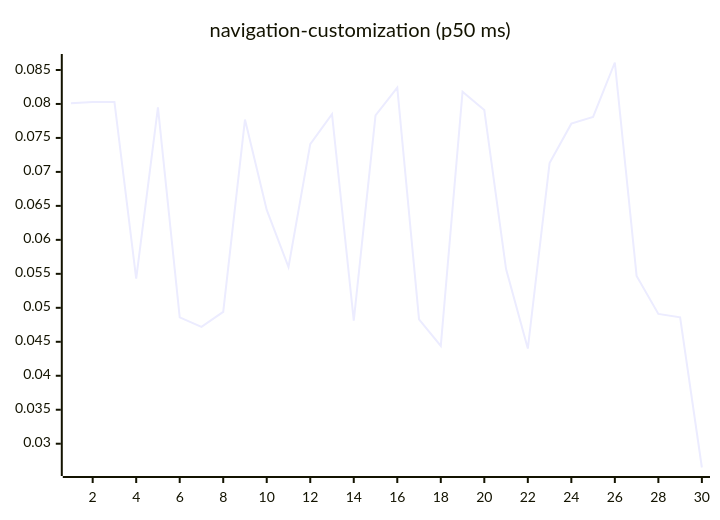
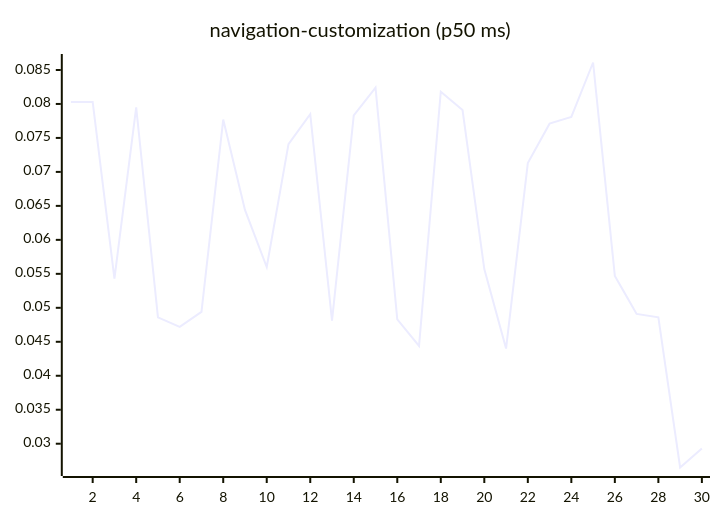
Before and after one commit to josha/Facet: diagram 15 of 27 in README.md, drawn with Mermaid. The commit also changed other lines of this file and 2 other files, not shown here.

````diff
--- a/README.md
+++ b/README.md
@@ -161,6 +161,6 @@
 ```mermaid
 xychart-beta
     title "navigation-customization (p50 ms)"
     x-axis 1 --> 30
-    line [0.0801, 0.0803, 0.0803, 0.0543, 0.0795, 0.0486, 0.0472, 0.0494, 0.0777, 0.0644, 0.0560, 0.0741, 0.0785, 0.0481, 0.0783, 0.0824, 0.0483, 0.0444, 0.0818, 0.0791, 0.0557, 0.0440, 0.0713, 0.0771, 0.0781, 0.0861, 0.0547, 0.0491, 0.0486, 0.0265]
+    line [0.0803, 0.0803, 0.0543, 0.0795, 0.0486, 0.0472, 0.0494, 0.0777, 0.0644, 0.0560, 0.0741, 0.0785, 0.0481, 0.0783, 0.0824, 0.0483, 0.0444, 0.0818, 0.0791, 0.0557, 0.0440, 0.0713, 0.0771, 0.0781, 0.0861, 0.0547, 0.0491, 0.0486, 0.0265, 0.0293]
 ```
````
